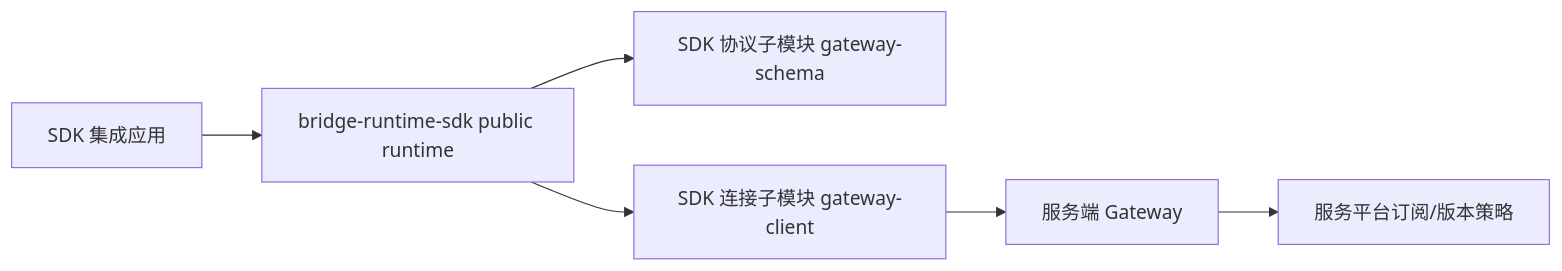
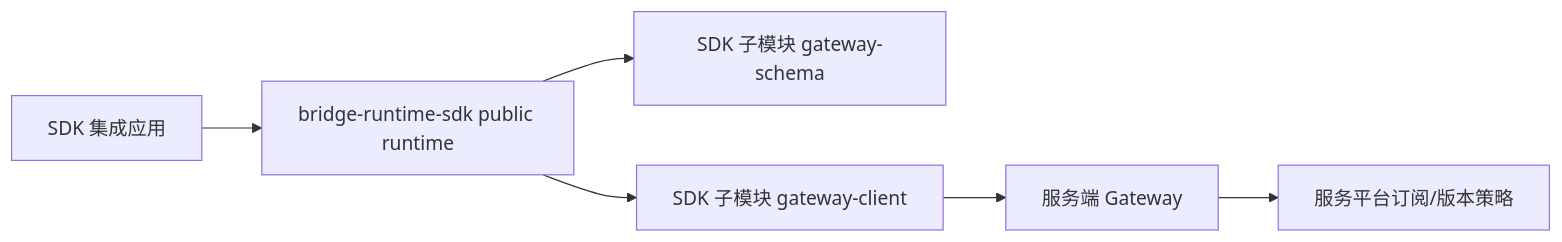
The first of 3 diagrams in packages/bridge-runtime-sdk/docs/app-subscription-version-gating-design.md (yuzhangCZ/agent-plugin), drawn with Mermaid before and after one commit. The commit also changed other lines of this file, not shown here.

Commit message:
docs(bridge-runtime-sdk): 调整订阅准入责任边界

````diff
--- a/packages/bridge-runtime-sdk/docs/app-subscription-version-gating-design.md
+++ b/packages/bridge-runtime-sdk/docs/app-subscription-version-gating-design.md
@@ -35,8 +35,8 @@
 ```mermaid
 flowchart LR
     App["SDK 集成应用"] --> SDK["bridge-runtime-sdk public runtime"]
-    SDK --> Protocol["SDK 协议子模块 gateway-schema"]
-    SDK --> Client["SDK 连接子模块 gateway-client"]
+    SDK --> Protocol["SDK 子模块 gateway-schema"]
+    SDK --> Client["SDK 子模块 gateway-client"]
     Client --> Gateway["服务端 Gateway"]
     Gateway --> Platform["服务平台订阅/版本策略"]
 ```
````
